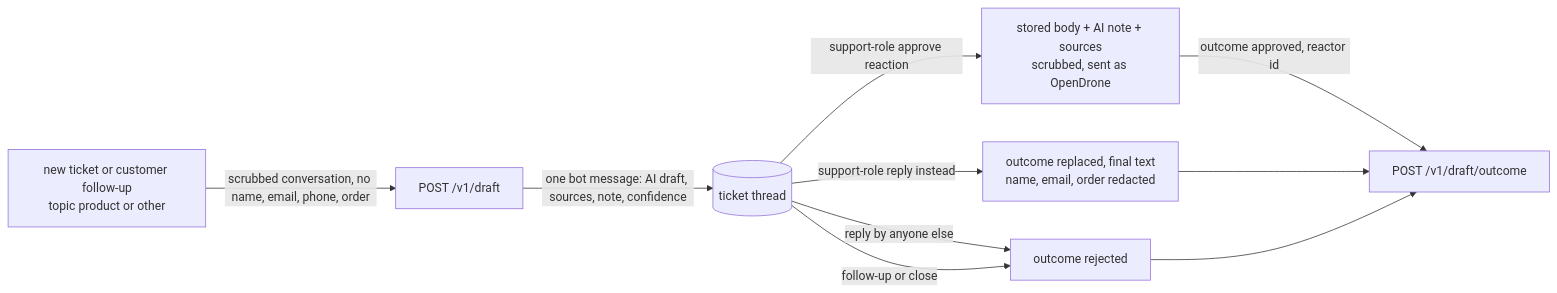
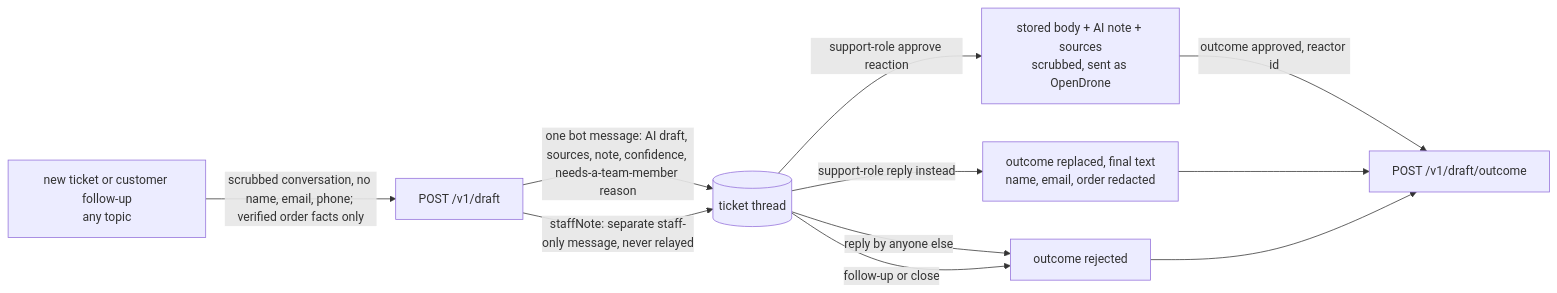
One commit to OpenDrone-hw/OpenDrone-Web changed the fourth of 7 diagrams in README.md. Above: the diagram before and after it, drawn with Mermaid. The commit also changed other lines of this file and 8 other files, not shown here.

First line of the commit message:
feat(support): order-aware ChatFPV drafts, staff-only note, needs-a-team-member reason

````diff
--- a/README.md
+++ b/README.md
@@ -503,12 +503,13 @@
 ```mermaid
 flowchart LR
-  N[new ticket or customer follow-up<br/>topic product or other] -->|scrubbed conversation, no name, email, phone, order| D[POST /v1/draft]
-  D -->|one bot message: AI draft, sources, note, confidence| T[(ticket thread)]
+  N[new ticket or customer follow-up<br/>any topic] -->|scrubbed conversation, no name, email, phone; verified order facts only| D[POST /v1/draft]
+  D -->|one bot message: AI draft, sources, note, confidence, needs-a-team-member reason| T[(ticket thread)]
+  D -->|staffNote: separate staff-only message, never relayed| T
   T -->|support-role approve reaction| A[stored body + AI note + sources<br/>scrubbed, sent as OpenDrone]
   T -->|support-role reply instead| R[outcome replaced, final text<br/>name, email, order redacted]
   T -->|reply by anyone else| X
   T -->|follow-up or close| X[outcome rejected]
   A -->|outcome approved, reactor id| O[POST /v1/draft/outcome]
   R --> O
   X --> O
 ```
````
